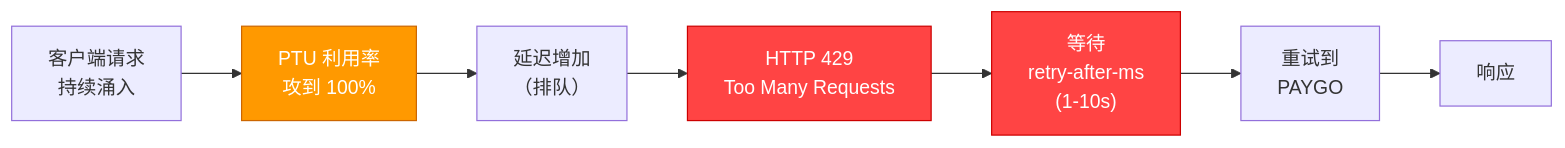
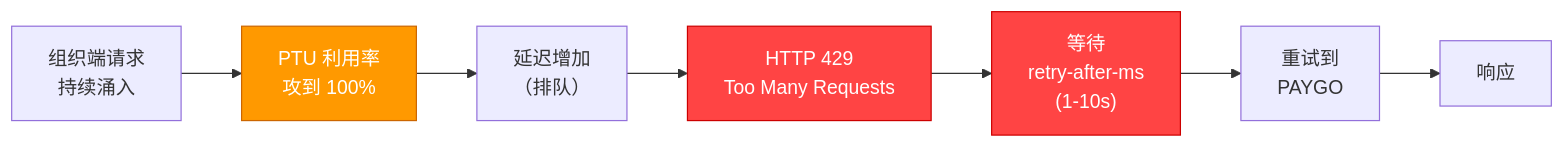
The second of 4 diagrams in Agents/AOAI-Model-Migration-Benchmark/README-CN.md (david-xinyuwei/david-share), drawn with Mermaid before and after one commit. The commit also changed other lines of this file and 7 other files, not shown here.

````diff
--- a/Agents/AOAI-Model-Migration-Benchmark/README-CN.md
+++ b/Agents/AOAI-Model-Migration-Benchmark/README-CN.md
@@ -412,12 +412,12 @@
 ```mermaid
 flowchart LR
-    A["客户端请求<br/>持续涌入"] --> B["PTU 利用率<br/>攻到 100%"]
+    A["组织端请求<br/>持续涌入"] --> B["PTU 利用率<br/>攻到 100%"]
     B --> C["延迟增加<br/>（排队）"]
     C --> D["HTTP 429<br/>Too Many Requests"]
     D --> E["等待<br/>retry-after-ms<br/>(1-10s)"]
     E --> F["重试到<br/>PAYGO"]
     F --> G[响应]
     style B fill:#f90,color:#fff,stroke:#c60
     style D fill:#f44,color:#fff,stroke:#c00
     style E fill:#f44,color:#fff,stroke:#c00
 ```
````
